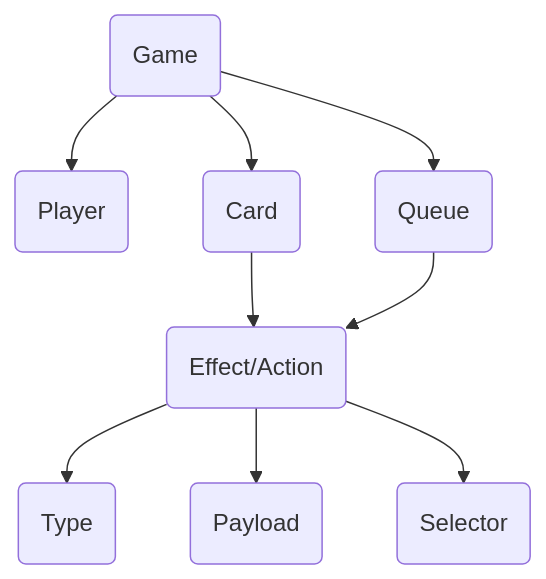
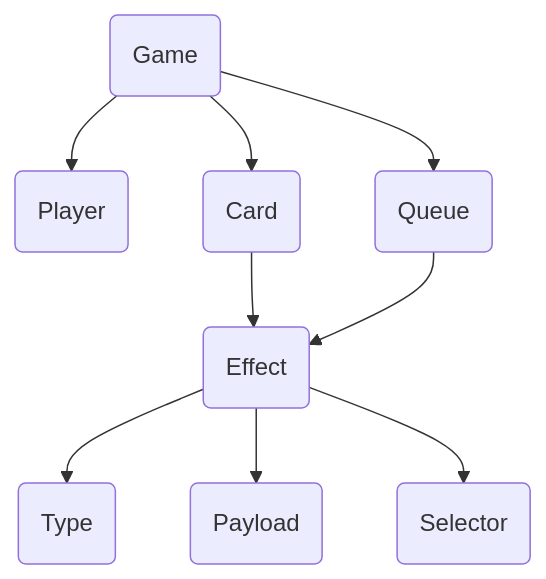
Before and after one commit to stephtelolahy/WildWestOnline: the first of 6 diagrams in README.md, drawn with Mermaid. The commit also changed other lines of this file and 12 other files, not shown here.

````diff
--- a/README.md
+++ b/README.md
@@ -31,11 +31,11 @@
 ```mermaid
 graph TD;
     GAME(Game) --> PLAYER(Player);
     GAME --> CARD(Card);
     GAME --> QUEUE(Queue);
-    CARD --> ACTION(Effect/Action);
+    CARD --> ACTION(Effect);
     QUEUE --> ACTION;
     ACTION --> ACTIONTYPE(Type);
     ACTION --> PAYLOAD(Payload);
     ACTION --> SELECTOR(Selector);
 ```
````
